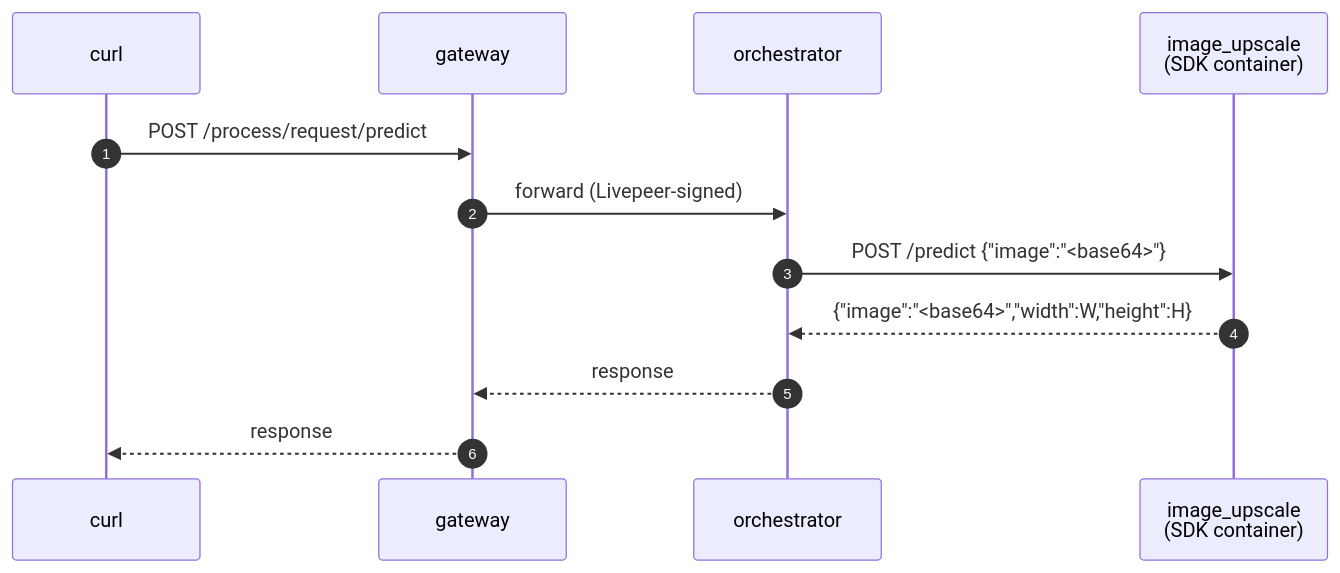
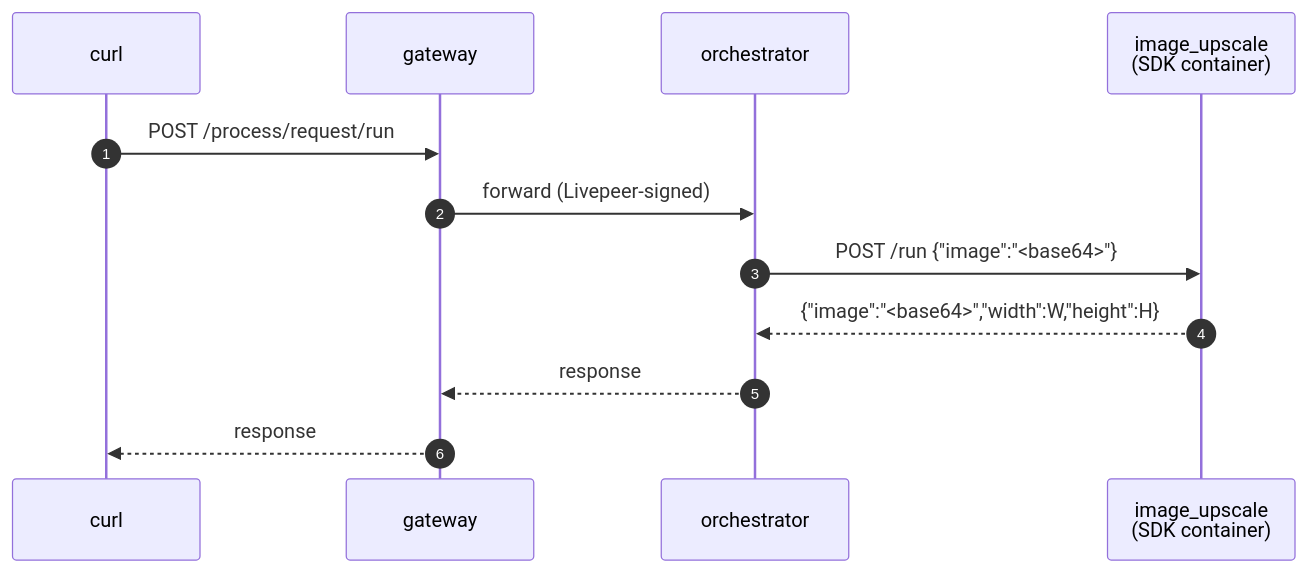
The diagram in examples/runner/image_upscale/README.md (livepeer/livepeer-python-gateway), drawn with Mermaid before and after one commit. The commit also changed other lines of this file and 14 other files, not shown here.

First line of the commit message:
refactor(runner): rename predict() → run() for verb-agnostic pipeline shape

````diff
--- a/examples/runner/image_upscale/README.md
+++ b/examples/runner/image_upscale/README.md
@@ -46,15 +46,15 @@
 ```mermaid
 sequenceDiagram
     autonumber
     participant curl
     participant gateway
     participant orchestrator
     participant image_upscale as image_upscale<br/>(SDK container)
 
-    curl->>gateway: POST /process/request/predict
+    curl->>gateway: POST /process/request/run
     gateway->>orchestrator: forward (Livepeer-signed)
-    orchestrator->>image_upscale: POST /predict {"image":"<base64>"}
+    orchestrator->>image_upscale: POST /run {"image":"<base64>"}
     image_upscale-->>orchestrator: {"image":"<base64>","width":W,"height":H}
     orchestrator-->>gateway: response
     gateway-->>curl: response
 ```
````
